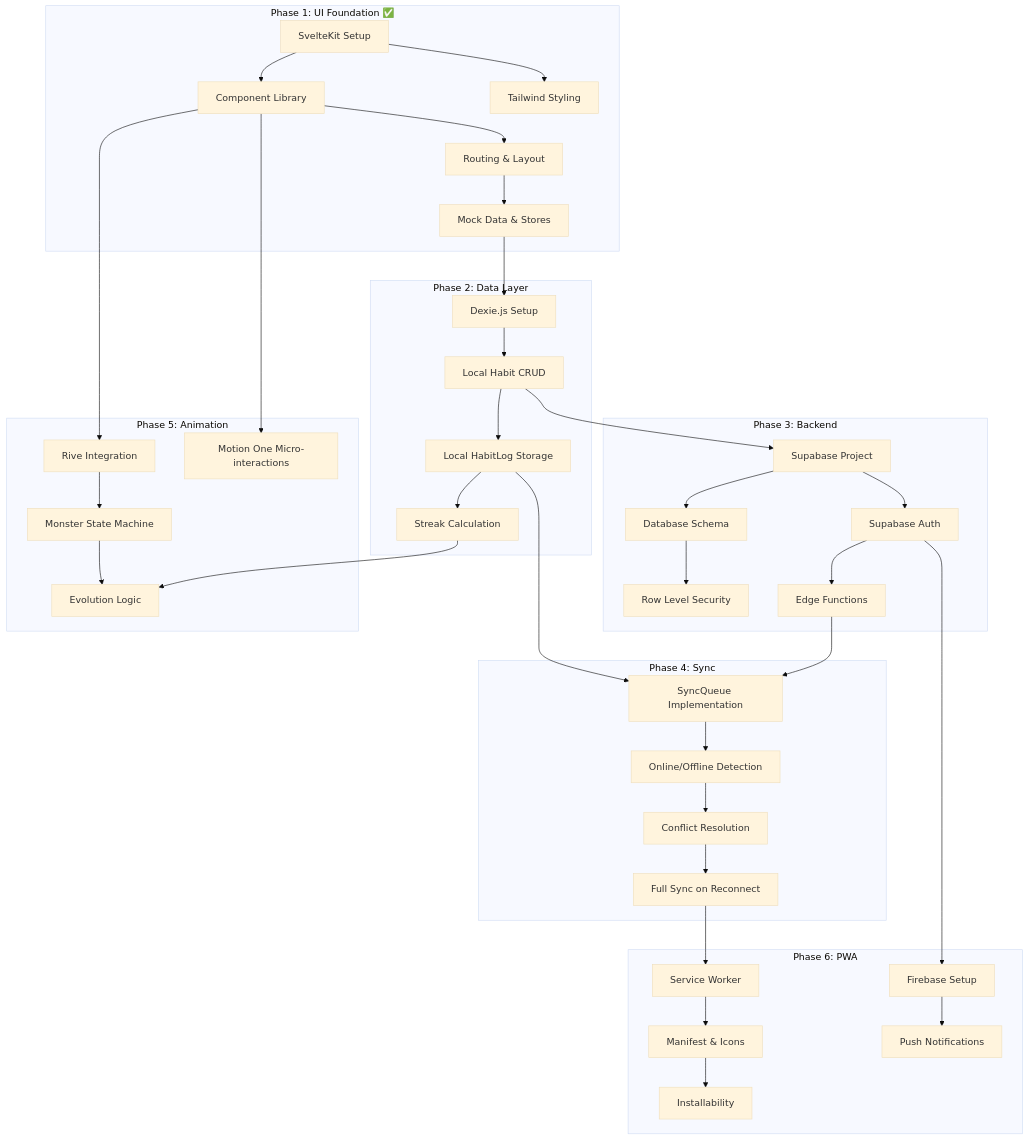
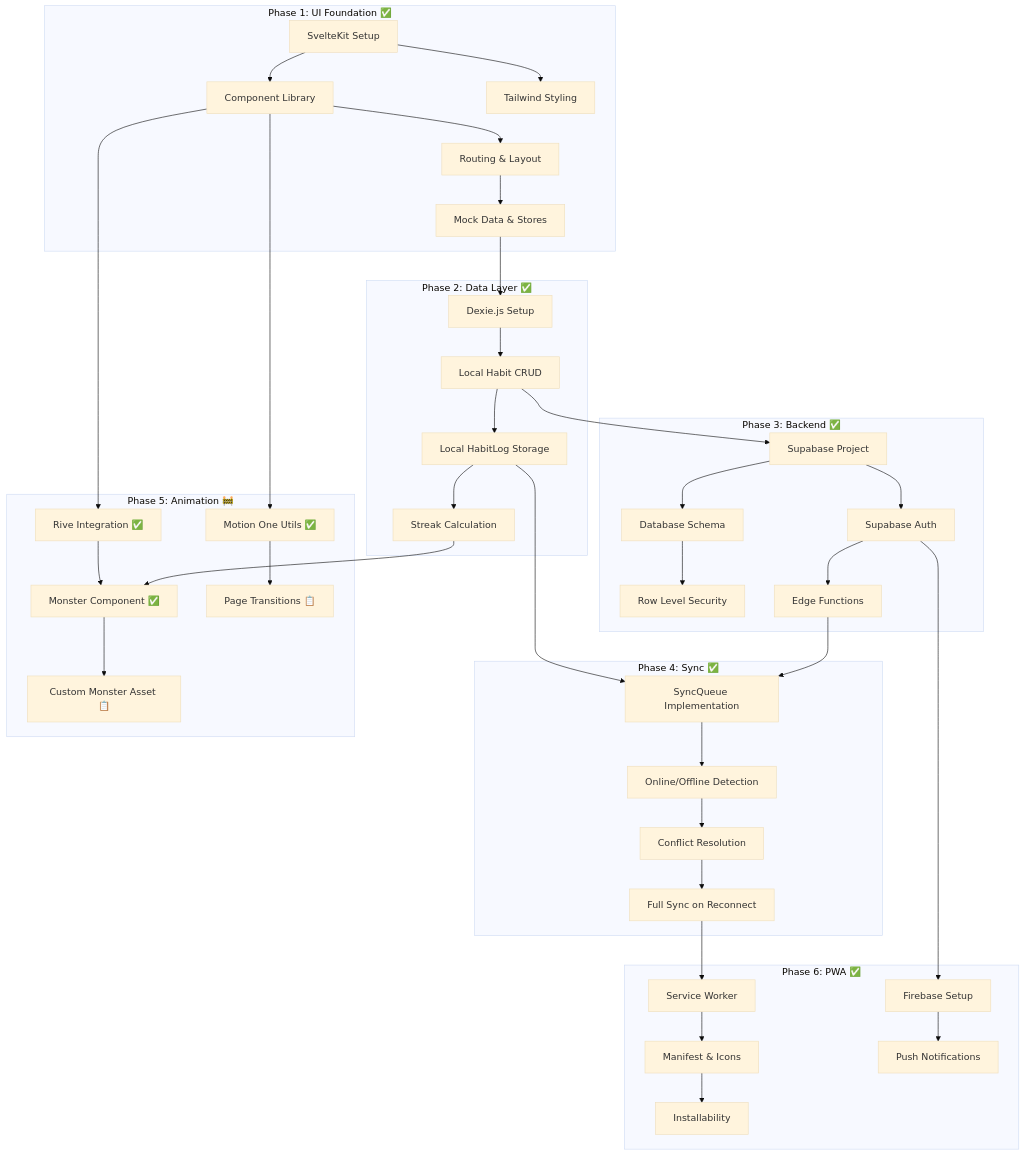
The diagram in docs/ROADMAP.md (raytf/app_hungry-hundreds), drawn with Mermaid (base theme) before and after one commit. The commit also changed other lines of this file and 15 other files, not shown here.

````diff
--- a/docs/ROADMAP.md
+++ b/docs/ROADMAP.md
@@ -218,65 +240,66 @@
 ```mermaid
 flowchart TD
     subgraph Phase1["Phase 1: UI Foundation ✅"]
         P1A[SvelteKit Setup]
         P1B[Component Library]
         P1C[Routing & Layout]
         P1D[Mock Data & Stores]
         P1E[Tailwind Styling]
     end
 
-    subgraph Phase2["Phase 2: Data Layer"]
+    subgraph Phase2["Phase 2: Data Layer ✅"]
         P2A[Dexie.js Setup]
         P2B[Local Habit CRUD]
         P2C[Local HabitLog Storage]
         P2D[Streak Calculation]
     end
 
-    subgraph Phase3["Phase 3: Backend"]
+    subgraph Phase3["Phase 3: Backend ✅"]
         P3A[Supabase Project]
         P3B[Database Schema]
         P3C[Row Level Security]
         P3D[Supabase Auth]
         P3E[Edge Functions]
     end
 
-    subgraph Phase4["Phase 4: Sync"]
+    subgraph Phase4["Phase 4: Sync ✅"]
         P4A[SyncQueue Implementation]
         P4B[Online/Offline Detection]
         P4C[Conflict Resolution]
         P4D[Full Sync on Reconnect]
     end
 
-    subgraph Phase5["Phase 5: Animation"]
-        P5A[Rive Integration]
-        P5B[Monster State Machine]
-        P5C[Evolution Logic]
-        P5D[Motion One Micro-interactions]
+    subgraph Phase5["Phase 5: Animation 🚧"]
+        P5A[Rive Integration ✅]
+        P5B[Monster Component ✅]
+        P5C[Motion One Utils ✅]
+        P5D[Custom Monster Asset 📋]
+        P5E[Page Transitions 📋]
     end
 
-    subgraph Phase6["Phase 6: PWA"]
+    subgraph Phase6["Phase 6: PWA ✅"]
         P6A[Service Worker]
         P6B[Manifest & Icons]
         P6C[Firebase Setup]
         P6D[Push Notifications]
         P6E[Installability]
     end
 
     P1A --> P1B --> P1C --> P1D
     P1A --> P1E
 
     P1D --> P2A --> P2B --> P2C --> P2D
 
     P2B --> P3A --> P3B --> P3C
     P3A --> P3D --> P3E
 
     P2C --> P4A
     P3E --> P4A --> P4B --> P4C --> P4D
 
-    P1B --> P5A --> P5B --> P5C
-    P2D --> P5C
-    P1B --> P5D
+    P1B --> P5A --> P5B --> P5D
+    P1B --> P5C --> P5E
+    P2D --> P5B
 
     P4D --> P6A --> P6B --> P6E
     P3D --> P6C --> P6D
 ```
````
